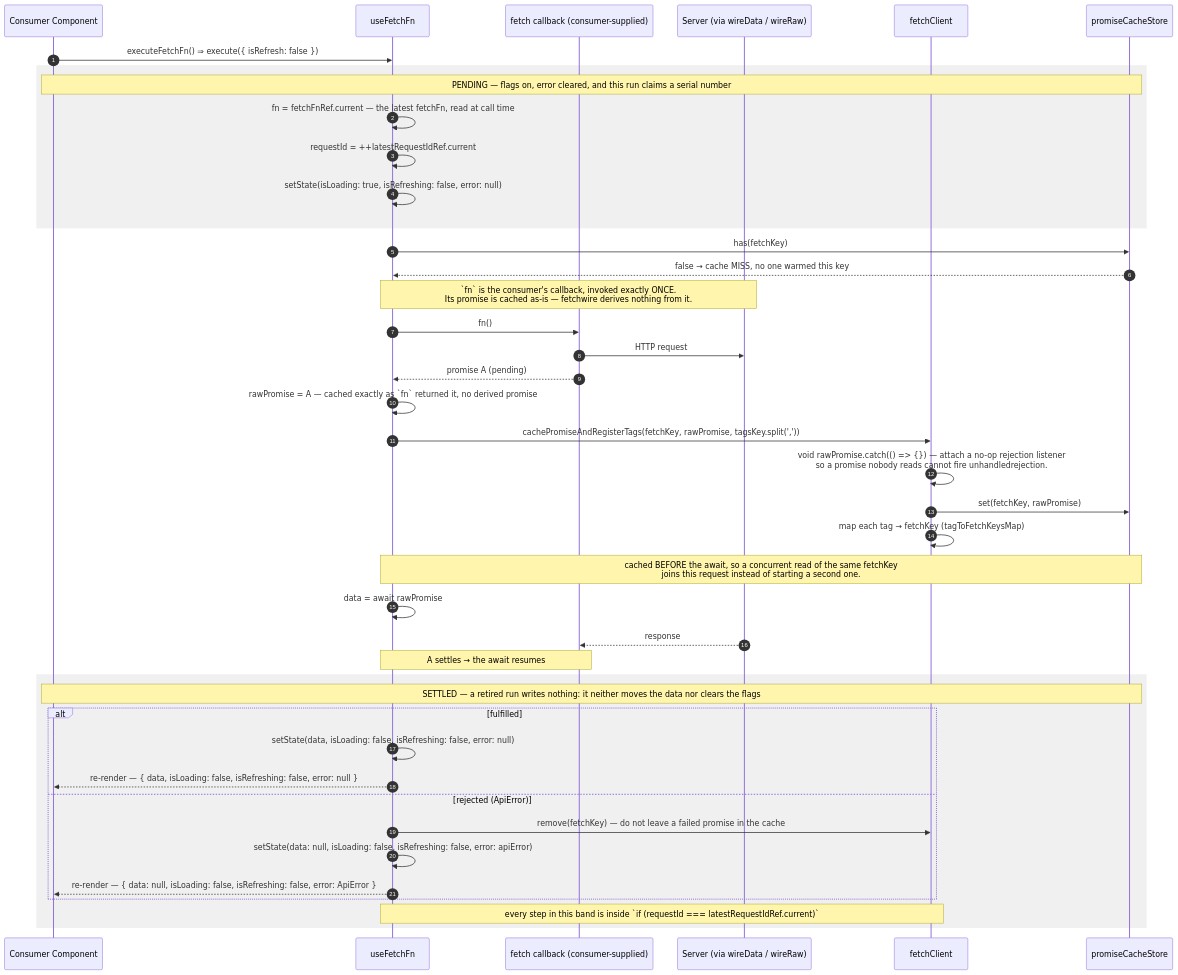
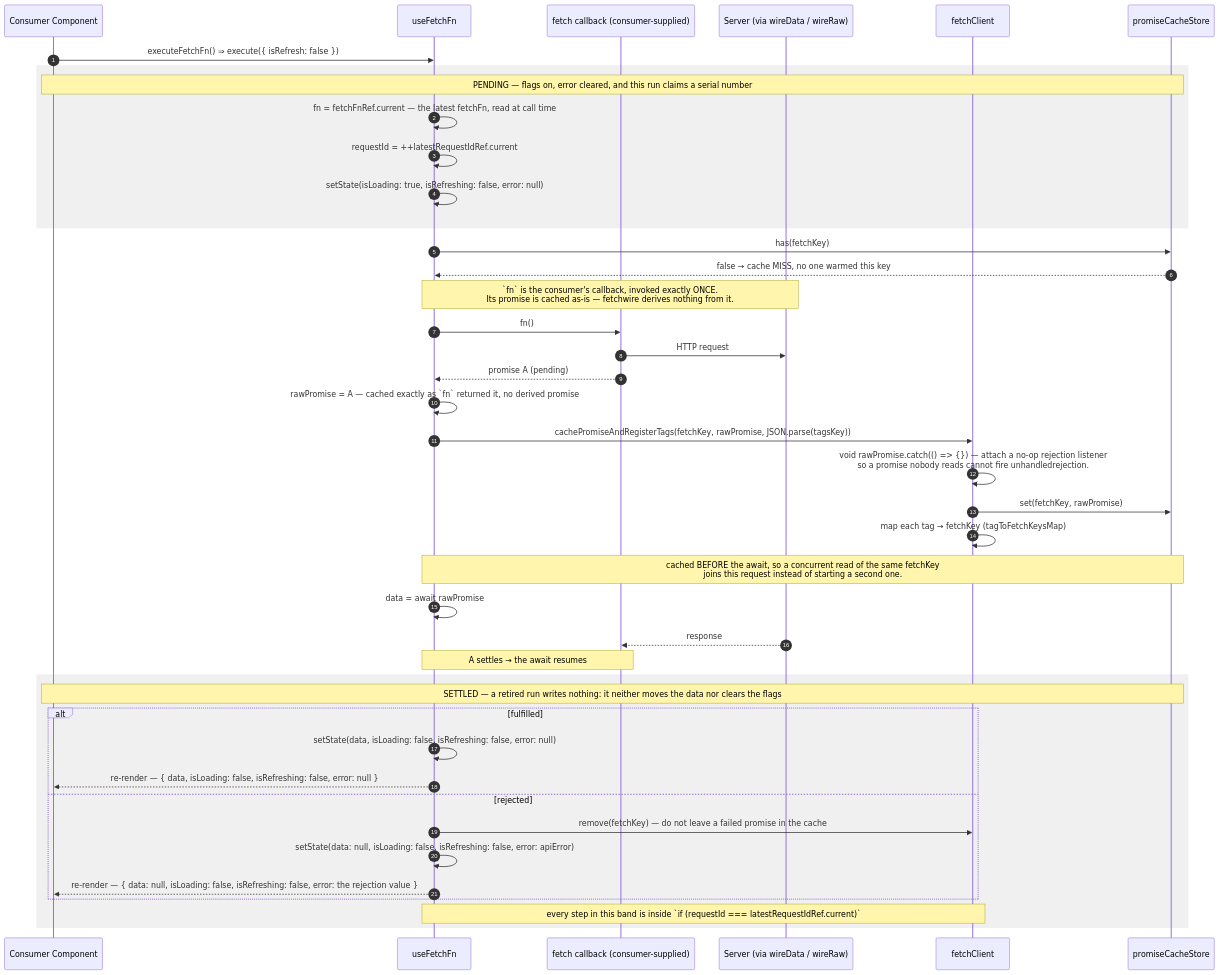
One commit to chuhaiphu/fetchwire changed the third of 4 diagrams in docs/architecture/USE-FETCH-FN-FLOW.md. Above: the diagram before and after it, drawn with Mermaid. The commit also changed other lines of this file and 29 other files, not shown here.

````diff
--- a/docs/architecture/USE-FETCH-FN-FLOW.md
+++ b/docs/architecture/USE-FETCH-FN-FLOW.md
@@ -110,51 +110,51 @@
 ```mermaid
 sequenceDiagram
     autonumber
     participant Cmp as Consumer Component
     participant H as useFetchFn
     participant Fn as fetch callback (consumer-supplied)
     participant API as Server (via wireData / wireRaw)
     participant FC as fetchClient
     participant Cache as promiseCacheStore
 
     Cmp->>H: executeFetchFn() ⇒ execute({ isRefresh: false })
 
     rect rgba(128,128,128,0.12)
         Note over Cmp,Cache: PENDING — flags on, error cleared, and this run claims a serial number
         H->>H: fn = fetchFnRef.current — the latest fetchFn, read at call time
         H->>H: requestId = ++latestRequestIdRef.current
         H->>H: setState(isLoading: true, isRefreshing: false, error: null)
     end
 
     H->>Cache: has(fetchKey)
     Cache-->>H: false → cache MISS, no one warmed this key
 
     Note over H,API: `fn` is the consumer's callback, invoked exactly ONCE.<br/>Its promise is cached as-is — fetchwire derives nothing from it.
     H->>Fn: fn()
     Fn->>API: HTTP request
     Fn-->>H: promise A (pending)
     H->>H: rawPromise = A — cached exactly as `fn` returned it, no derived promise
 
-    H->>FC: cachePromiseAndRegisterTags(fetchKey, rawPromise, tagsKey.split(','))
+    H->>FC: cachePromiseAndRegisterTags(fetchKey, rawPromise, JSON.parse(tagsKey))
     FC->>FC: void rawPromise.catch(() => {}) — attach a no-op rejection listener<br/>so a promise nobody reads cannot fire unhandledrejection.
     FC->>Cache: set(fetchKey, rawPromise)
     FC->>FC: map each tag → fetchKey (tagToFetchKeysMap)
     Note over H,Cache: cached BEFORE the await, so a concurrent read of the same fetchKey<br/>joins this request instead of starting a second one.
     H->>H: data = await rawPromise
 
     API-->>Fn: response
     Note over Fn,H: A settles → the await resumes
 
     rect rgba(128,128,128,0.12)
         Note over Cmp,Cache: SETTLED — a retired run writes nothing: it neither moves the data nor clears the flags
         alt fulfilled
             H->>H: setState(data, isLoading: false, isRefreshing: false, error: null)
             H-->>Cmp: re-render — { data, isLoading: false, isRefreshing: false, error: null }
-        else rejected (ApiError)
+        else rejected
             H->>FC: remove(fetchKey) — do not leave a failed promise in the cache
             H->>H: setState(data: null, isLoading: false, isRefreshing: false, error: apiError)
-            H-->>Cmp: re-render — { data: null, isLoading: false, isRefreshing: false, error: ApiError }
+            H-->>Cmp: re-render — { data: null, isLoading: false, isRefreshing: false, error: the rejection value }
         end
         Note over H,FC: every step in this band is inside `if (requestId === latestRequestIdRef.current)`
     end
 ```
````
